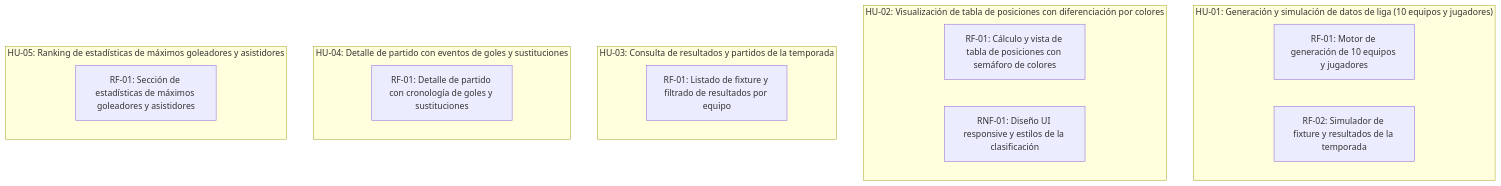
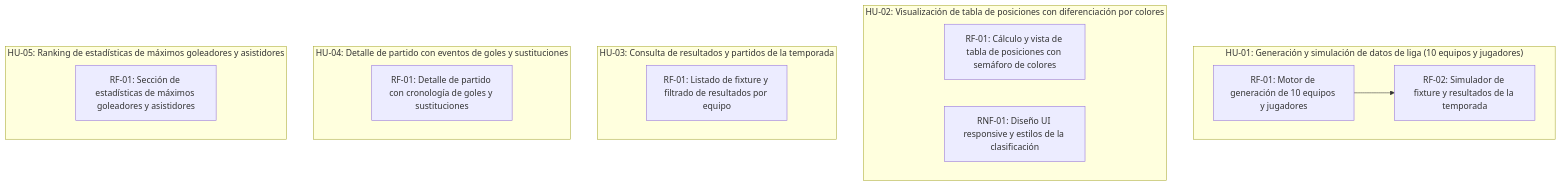
Before and after one commit to Agustin-PerezR/pruebas: the diagram in scrumDocs/grafo.md, drawn with Mermaid. The commit also changed other lines of this file, not shown here.

````diff
--- a/scrumDocs/grafo.md
+++ b/scrumDocs/grafo.md
@@ -5,20 +5,21 @@
 ```mermaid
 graph TD
   subgraph US_1789500774004["HU-01: Generación y simulación de datos de liga (10 equipos y jugadores)"]
     REQ_1789501307396["RF-01: Motor de generación de 10 equipos y jugadores"]
     REQ_1789501323521["RF-02: Simulador de fixture y resultados de la temporada"]
   end
   subgraph US_1789500801469["HU-02: Visualización de tabla de posiciones con diferenciación por colores"]
     REQ_1789501339015["RF-01: Cálculo y vista de tabla de posiciones con semáforo de colores"]
     REQ_1789501354292["RNF-01: Diseño UI responsive y estilos de la clasificación"]
   end
   subgraph US_1789500818362["HU-03: Consulta de resultados y partidos de la temporada"]
     REQ_1789501384835["RF-01: Listado de fixture y filtrado de resultados por equipo"]
   end
   subgraph US_1789500834077["HU-04: Detalle de partido con eventos de goles y sustituciones"]
     REQ_1789501399433["RF-01: Detalle de partido con cronología de goles y sustituciones"]
   end
   subgraph US_1789500850317["HU-05: Ranking de estadísticas de máximos goleadores y asistidores"]
     REQ_1789501414613["RF-01: Sección de estadísticas de máximos goleadores y asistidores"]
   end
+  REQ_1789501307396 --> REQ_1789501323521
 ```
````
